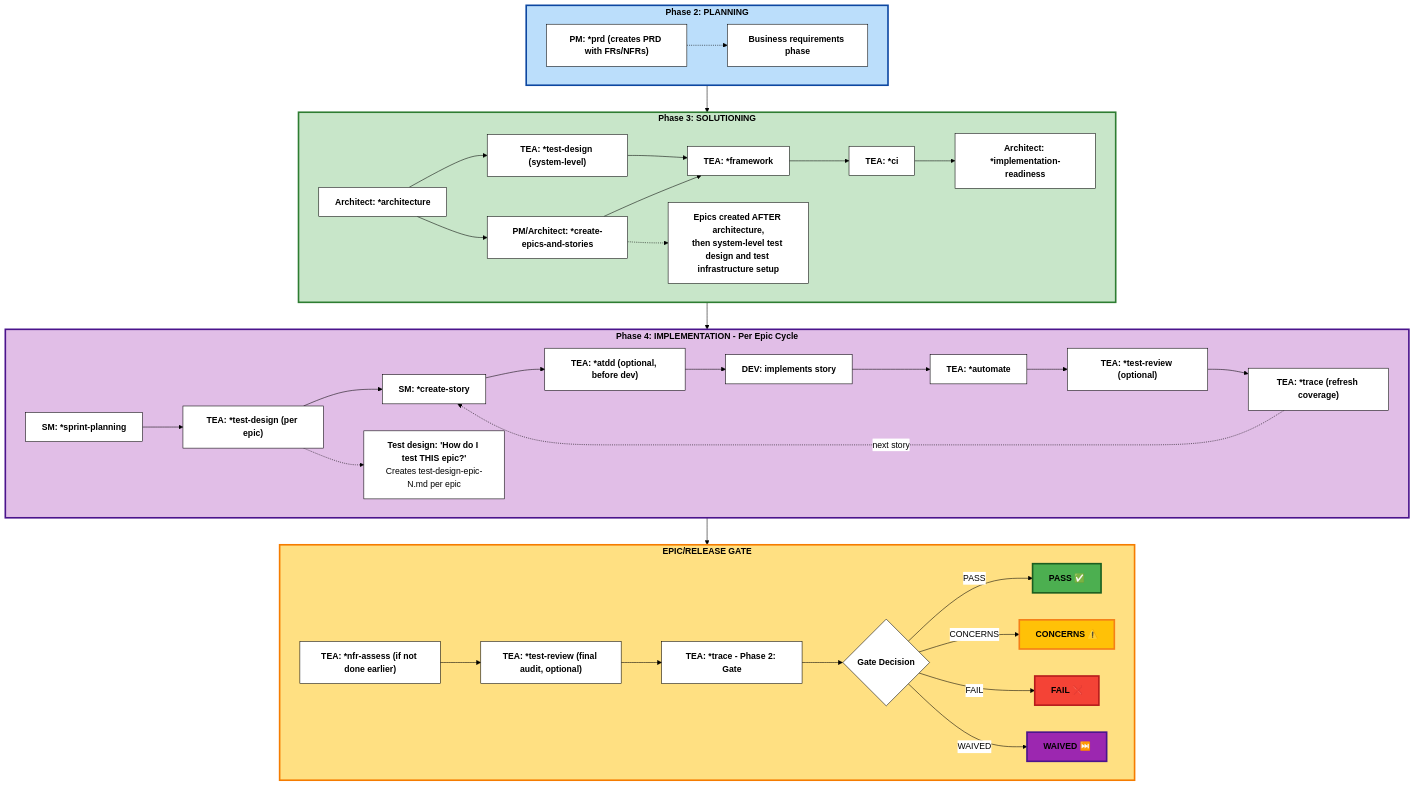
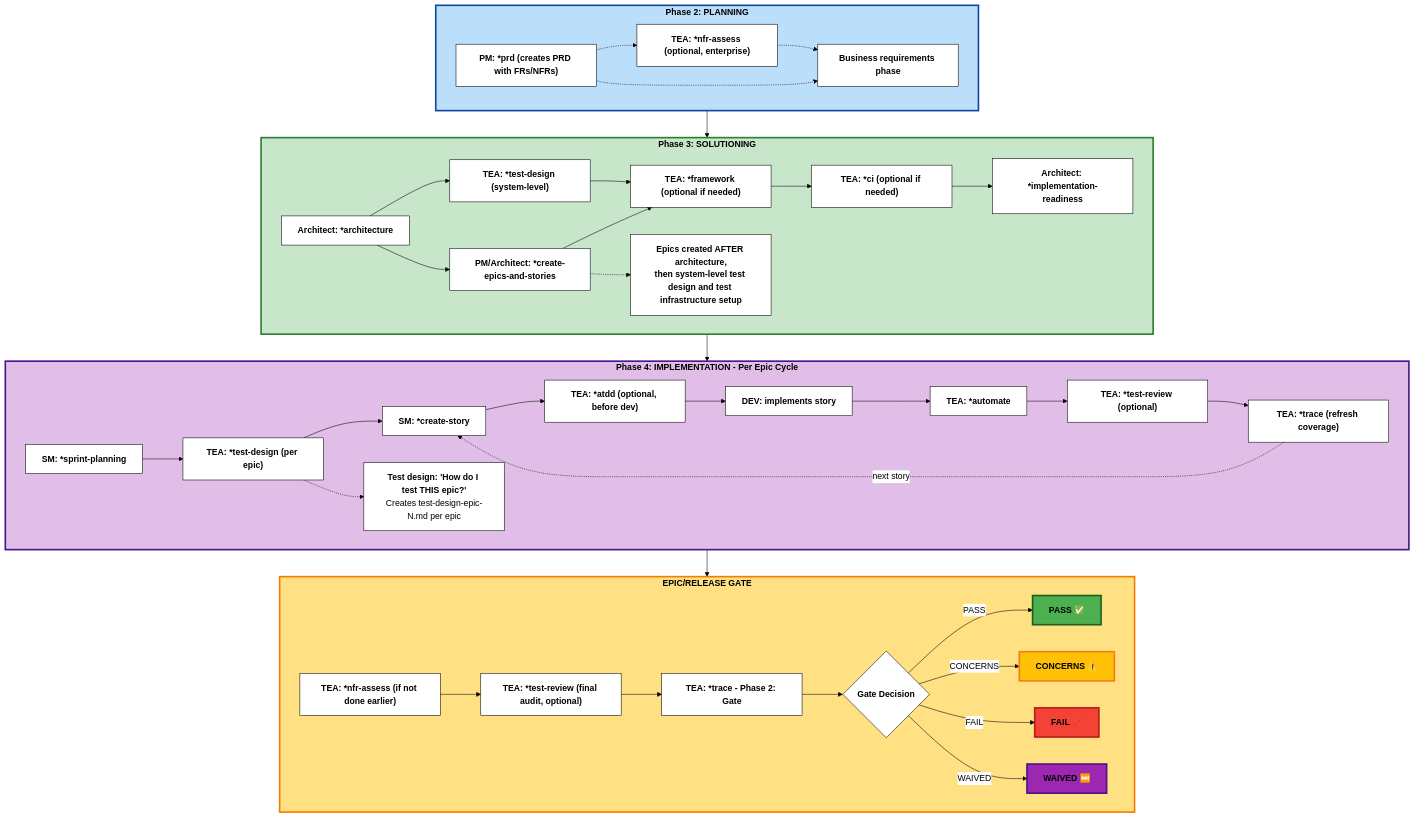
The diagram in docs/modules/bmm-bmad-method/test-architecture.md (vivek-dataskate/CBLAeroDelivery), drawn with Mermaid before and after one commit. The commit also changed other lines of this file and 6 other files, not shown here.

````diff
--- a/docs/modules/bmm-bmad-method/test-architecture.md
+++ b/docs/modules/bmm-bmad-method/test-architecture.md
@@ -13,76 +45,79 @@
 ```mermaid
 %%{init: {'theme':'base', 'themeVariables': { 'primaryColor':'#fff','primaryTextColor':'#000','primaryBorderColor':'#000','lineColor':'#000','secondaryColor':'#fff','tertiaryColor':'#fff','fontSize':'16px','fontFamily':'arial'}}}%%
 graph TB
     subgraph Phase2["<b>Phase 2: PLANNING</b>"]
         PM["<b>PM: *prd (creates PRD with FRs/NFRs)</b>"]
         PlanNote["<b>Business requirements phase</b>"]
+        NFR2["<b>TEA: *nfr-assess (optional, enterprise)</b>"]
+        PM -.-> NFR2
+        NFR2 -.-> PlanNote
         PM -.-> PlanNote
     end
 
     subgraph Phase3["<b>Phase 3: SOLUTIONING</b>"]
         Architecture["<b>Architect: *architecture</b>"]
         EpicsStories["<b>PM/Architect: *create-epics-and-stories</b>"]
         TestDesignSys["<b>TEA: *test-design (system-level)</b>"]
-        Framework["<b>TEA: *framework</b>"]
-        CI["<b>TEA: *ci</b>"]
+        Framework["<b>TEA: *framework (optional if needed)</b>"]
+        CI["<b>TEA: *ci (optional if needed)</b>"]
         GateCheck["<b>Architect: *implementation-readiness</b>"]
         Architecture --> EpicsStories
         Architecture --> TestDesignSys
         TestDesignSys --> Framework
         EpicsStories --> Framework
         Framework --> CI
         CI --> GateCheck
         Phase3Note["<b>Epics created AFTER architecture,</b><br/><b>then system-level test design and test infrastructure setup</b>"]
         EpicsStories -.-> Phase3Note
     end
 
     subgraph Phase4["<b>Phase 4: IMPLEMENTATION - Per Epic Cycle</b>"]
         SprintPlan["<b>SM: *sprint-planning</b>"]
         TestDesign["<b>TEA: *test-design (per epic)</b>"]
         CreateStory["<b>SM: *create-story</b>"]
         ATDD["<b>TEA: *atdd (optional, before dev)</b>"]
         DevImpl["<b>DEV: implements story</b>"]
         Automate["<b>TEA: *automate</b>"]
         TestReview1["<b>TEA: *test-review (optional)</b>"]
         Trace1["<b>TEA: *trace (refresh coverage)</b>"]
 
         SprintPlan --> TestDesign
         TestDesign --> CreateStory
         CreateStory --> ATDD
         ATDD --> DevImpl
         DevImpl --> Automate
         Automate --> TestReview1
         TestReview1 --> Trace1
         Trace1 -.->|next story| CreateStory
         TestDesignNote["<b>Test design: 'How do I test THIS epic?'</b><br/>Creates test-design-epic-N.md per epic"]
         TestDesign -.-> TestDesignNote
     end
 
     subgraph Gate["<b>EPIC/RELEASE GATE</b>"]
         NFR["<b>TEA: *nfr-assess (if not done earlier)</b>"]
         TestReview2["<b>TEA: *test-review (final audit, optional)</b>"]
         TraceGate["<b>TEA: *trace - Phase 2: Gate</b>"]
         GateDecision{"<b>Gate Decision</b>"}
 
         NFR --> TestReview2
         TestReview2 --> TraceGate
         TraceGate --> GateDecision
         GateDecision -->|PASS| Pass["<b>PASS ✅</b>"]
         GateDecision -->|CONCERNS| Concerns["<b>CONCERNS ⚠️</b>"]
         GateDecision -->|FAIL| Fail["<b>FAIL ❌</b>"]
         GateDecision -->|WAIVED| Waived["<b>WAIVED ⏭️</b>"]
     end
 
     Phase2 --> Phase3
     Phase3 --> Phase4
     Phase4 --> Gate
 
     style Phase2 fill:#bbdefb,stroke:#0d47a1,stroke-width:3px,color:#000
     style Phase3 fill:#c8e6c9,stroke:#2e7d32,stroke-width:3px,color:#000
     style Phase4 fill:#e1bee7,stroke:#4a148c,stroke-width:3px,color:#000
     style Gate fill:#ffe082,stroke:#f57c00,stroke-width:3px,color:#000
     style Pass fill:#4caf50,stroke:#1b5e20,stroke-width:3px,color:#000
     style Concerns fill:#ffc107,stroke:#f57f17,stroke-width:3px,color:#000
     style Fail fill:#f44336,stroke:#b71c1c,stroke-width:3px,color:#000
     style Waived fill:#9c27b0,stroke:#4a148c,stroke-width:3px,color:#000
 ```
````
